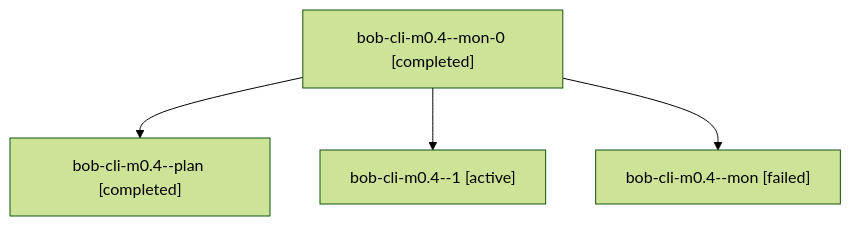
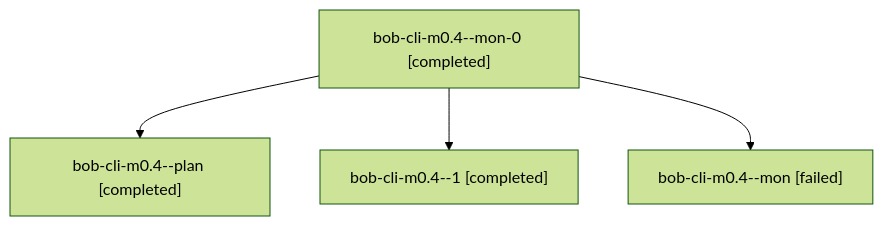
One commit to bobs-org/bob-cli--agents changed the diagram in sessions/bbugyi200.apollo.bob-cli-m0.4.md. Above: the diagram before and after it, drawn with Mermaid (forest theme). The commit also changed other lines of this file and 20 other files, not shown here.

````diff
--- a/sessions/bbugyi200.apollo.bob-cli-m0.4.md
+++ b/sessions/bbugyi200.apollo.bob-cli-m0.4.md
@@ -9,10 +9,10 @@
 ```mermaid
 flowchart TD
   n0["bob-cli-m0.4--mon-0 [completed]"]
   n1["bob-cli-m0.4--plan [completed]"]
   n0 --> n1
-  n2["bob-cli-m0.4--1 [active]"]
+  n2["bob-cli-m0.4--1 [completed]"]
   n0 --> n2
   n3["bob-cli-m0.4--mon [failed]"]
   n0 --> n3
 ```
````
